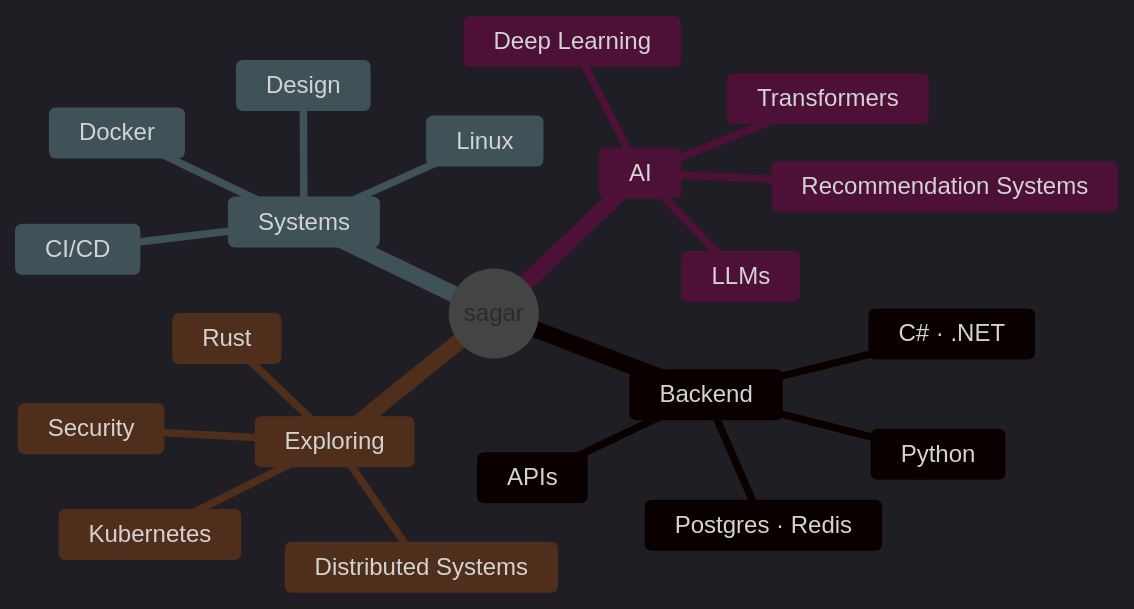
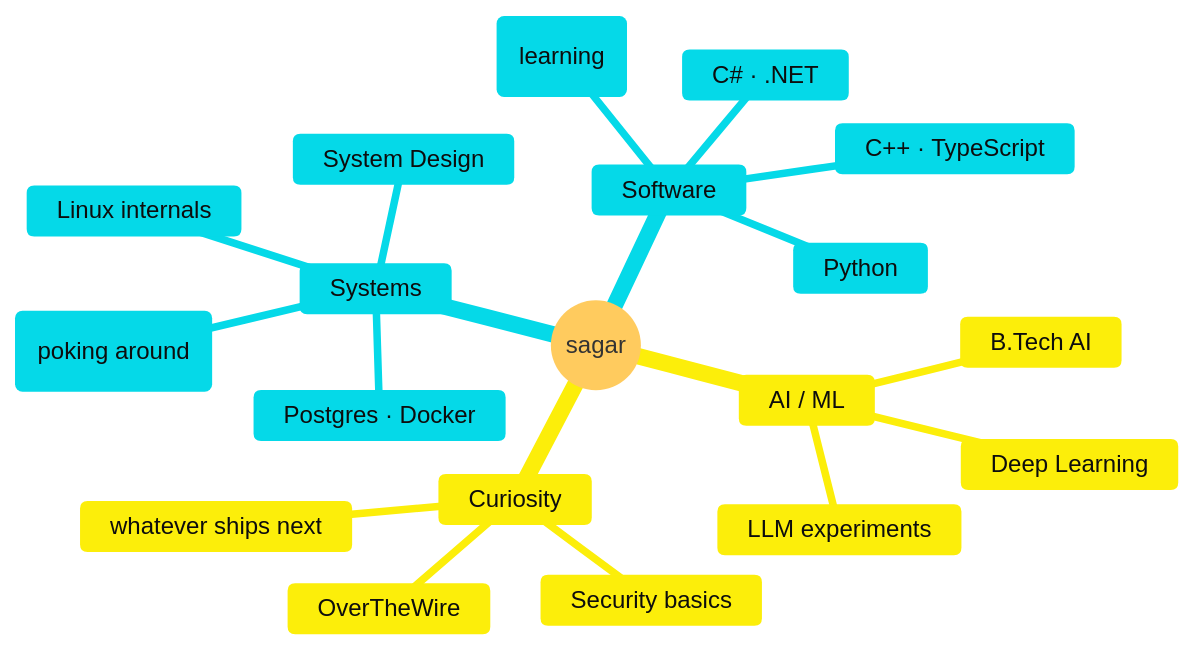
Before and after one commit to GodSagar007/GodSagar007: the diagram in README.md, drawn with Mermaid. The commit also changed other lines of this file, not shown here.

````diff
--- a/README.md
+++ b/README.md
@@ -87,32 +50,23 @@
 ```mermaid
-%%{init: {'theme':'dark','themeVariables':{
-'primaryColor':'#1a1a1a',
-'primaryTextColor':'#f7d354',
-'primaryBorderColor':'#f7d354',
-'lineColor':'#f7d354',
-'secondaryColor':'#111111',
-'tertiaryColor':'#1f1f1f'
-}}}%%
+%%{init: {'theme':'base', 'themeVariables': {'cScale0':'#FCEE0A','cScale1':'#05D9E8','cScale2':'#FCEE0A','cScale3':'#05D9E8','cScale4':'#FCEE0A','cScale5':'#05D9E8','cScaleLabel0':'#0d0d0d','cScaleLabel1':'#0d0d0d','cScaleLabel2':'#0d0d0d','cScaleLabel3':'#0d0d0d','cScaleLabel4':'#0d0d0d','cScaleLabel5':'#0d0d0d','lineColor':'#FCEE0A','fontFamily':'JetBrains Mono, monospace'}}}%%
 mindmap
   root((sagar))
-    Backend
+    Software
       Python
       C# · .NET
-      APIs
-      Postgres · Redis
-    AI
+      C++ · TypeScript
+      Rust (learning)
+    AI / ML
+      B.Tech AI
       Deep Learning
-      LLMs
-      Recommendation Systems
-      Transformers
+      LLM experiments
     Systems
-      Linux
-      Docker
-      CI/CD
-      Design
-    Exploring
-      Rust
-      Security
-      Kubernetes
-      Distributed Systems
+      Linux internals
+      System Design
+      Postgres · Docker
+      K8s (poking around)
+    Curiosity
+      Security basics
+      OverTheWire
+      whatever ships next
 ```
````
